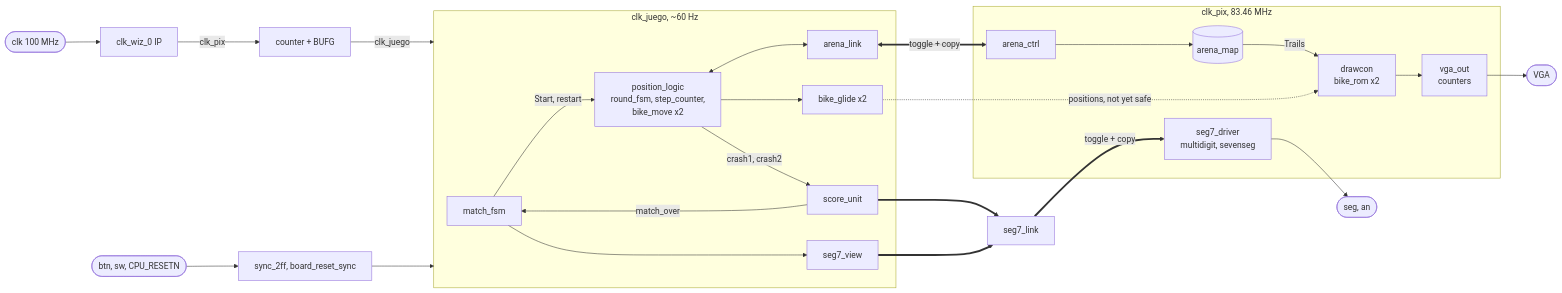
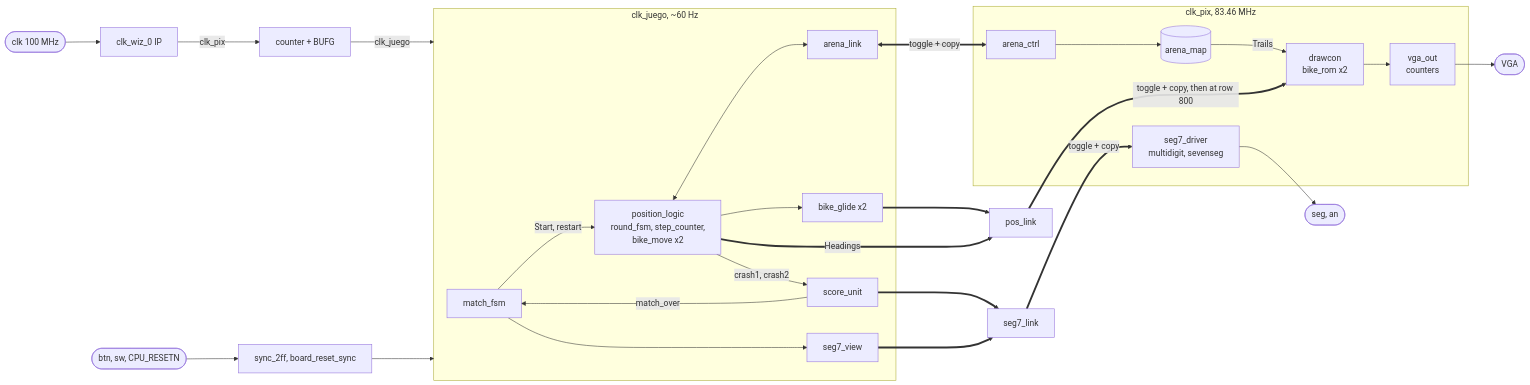
Before and after one commit to romanmg00/FPGA: the diagram in proyecto_final/README.md, drawn with Mermaid. The commit also changed other lines of this file and 1 other file, not shown here.

First line of the commit message:
README and schematic for pos_link (X1, #48)

````diff
--- a/proyecto_final/README.md
+++ b/proyecto_final/README.md
@@ -25,30 +25,32 @@
 ```mermaid
 flowchart LR
     clk([clk 100 MHz]) --> wiz[clk_wiz_0 IP]
     wiz -->|clk_pix| cnt[counter + BUFG]
     cnt -->|clk_juego| J
     pins([btn, sw, CPU_RESETN]) --> sync[sync_2ff, board_reset_sync]
     sync --> J
     subgraph J [clk_juego, ~60 Hz]
         mf[match_fsm] -->|Start, restart| pl[position_logic<br/>round_fsm, step_counter,<br/>bike_move x2]
         pl -->|crash1, crash2| su[score_unit]
         su -->|match_over| mf
         pl --> gl[bike_glide x2]
         mf --> sv[seg7_view]
         al[arena_link]
         pl <--> al
     end
     subgraph P [clk_pix, 83.46 MHz]
         ac[arena_ctrl] --> am[(arena_map)]
         am -->|Trails| dc[drawcon<br/>bike_rom x2]
         dc --> vo[vga_out<br/>counters]
         sd[seg7_driver<br/>multidigit, sevenseg]
     end
     al <==>|toggle + copy| ac
     su ==> sl[seg7_link]
     sv ==> sl
     sl ==>|toggle + copy| sd
-    gl -.->|positions, not yet safe| dc
+    gl ==> pk[pos_link]
+    pl ==>|Headings| pk
+    pk ==>|toggle + copy, then at row 800| dc
     vo --> vga([VGA])
     sd --> seg([seg, an])
 ```
````
